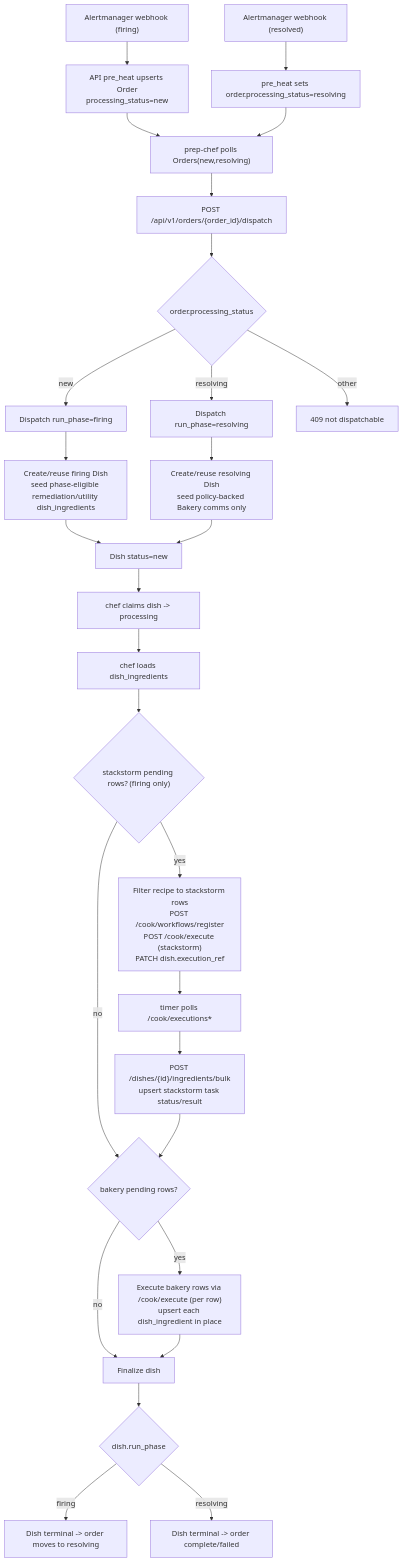
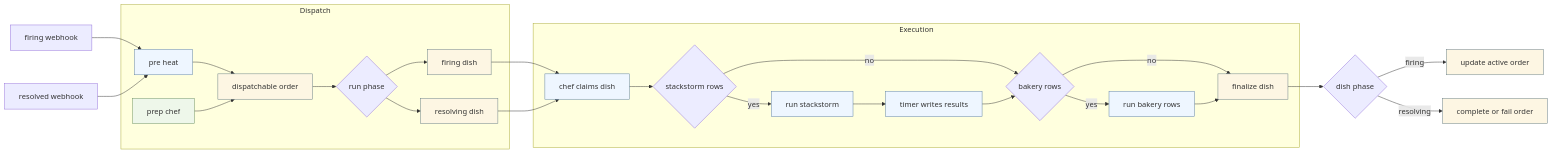
The second of 7 diagrams in README.md (rackerlabs/poundcake), drawn with Mermaid before and after one commit. The commit also changed other lines of this file and 38 other files, not shown here.

Commit message:
feat: add resolver to dispather to format comms templates in dish-ingredients

````diff
--- a/README.md
+++ b/README.md
@@ -56,40 +57,38 @@
 ```mermaid
-flowchart TD
-  A["Alertmanager webhook (firing)"] --> B["API pre_heat upserts Order<br/>processing_status=new"]
-  B --> C["prep-chef polls Orders(new,resolving)"]
-  C --> D["POST /api/v1/orders/{order_id}/dispatch"]
+flowchart LR
+  classDef api fill:#eef6ff,stroke:#5b7ea3;
+  classDef worker fill:#eef7ea,stroke:#6b8f5e;
+  classDef state fill:#fdf6e3,stroke:#657b83;
 
-  D --> E{"order.processing_status"}
-  E -->|new| F["Dispatch run_phase=firing"]
-  E -->|resolving| G["Dispatch run_phase=resolving"]
-  E -->|other| H["409 not dispatchable"]
+  Firing["firing webhook"] --> Preheat["pre heat"]
+  Resolved["resolved webhook"] --> Preheat
 
-  F --> I["Create/reuse firing Dish<br/>seed phase-eligible remediation/utility dish_ingredients"]
-  G --> J["Create/reuse resolving Dish<br/>seed policy-backed Bakery comms only"]
+  subgraph Dispatch
+    Preheat --> Queue["dispatchable order"]
+    Prep["prep chef"] --> Queue
+    Queue --> Phase{"run phase"}
+    Phase --> FireDish["firing dish"]
+    Phase --> ResolveDish["resolving dish"]
+  end
 
-  I --> K["Dish status=new"]
-  J --> K
+  subgraph Execution
+    FireDish --> Claim["chef claims dish"]
+    ResolveDish --> Claim
+    Claim --> Stackstorm{"stackstorm rows"}
+    Stackstorm -->|yes| ST2["run stackstorm"]
+    Stackstorm -->|no| Bakery{"bakery rows"}
+    ST2 --> Timer["timer writes results"]
+    Timer --> Bakery
+    Bakery -->|yes| Bake["run bakery rows"]
+    Bakery -->|no| Final["finalize dish"]
+    Bake --> Final
+  end
 
-  K --> L["chef claims dish -> processing"]
-  L --> M["chef loads dish_ingredients"]
-  M --> N{"stackstorm pending rows? (firing only)"}
+  Final --> Outcome{"dish phase"}
+  Outcome -->|firing| OrderUpdate["update active order"]
+  Outcome -->|resolving| OrderClose["complete or fail order"]
 
-  N -->|yes| O["Filter recipe to stackstorm rows<br/>POST /cook/workflows/register<br/>POST /cook/execute (stackstorm)<br/>PATCH dish.execution_ref"]
-  N -->|no| P{"bakery pending rows?"}
-
-  O --> Q["timer polls /cook/executions*"]
-  Q --> R["POST /dishes/{id}/ingredients/bulk<br/>upsert stackstorm task status/result"]
-  R --> P
-
-  P -->|yes| S["Execute bakery rows via /cook/execute (per row)<br/>upsert each dish_ingredient in place"]
-  P -->|no| T["Finalize dish"]
-
-  S --> T
-
-  T --> U{"dish.run_phase"}
-  U -->|firing| V["Dish terminal -> order moves to resolving"]
-  U -->|resolving| W["Dish terminal -> order complete/failed"]
-
-  X["Alertmanager webhook (resolved)"] --> Y["pre_heat sets order.processing_status=resolving"]
-  Y --> C
+  class Preheat,Claim,ST2,Timer,Bake api;
+  class Prep worker;
+  class Queue,FireDish,ResolveDish,Final,OrderUpdate,OrderClose state;
 ```
````
